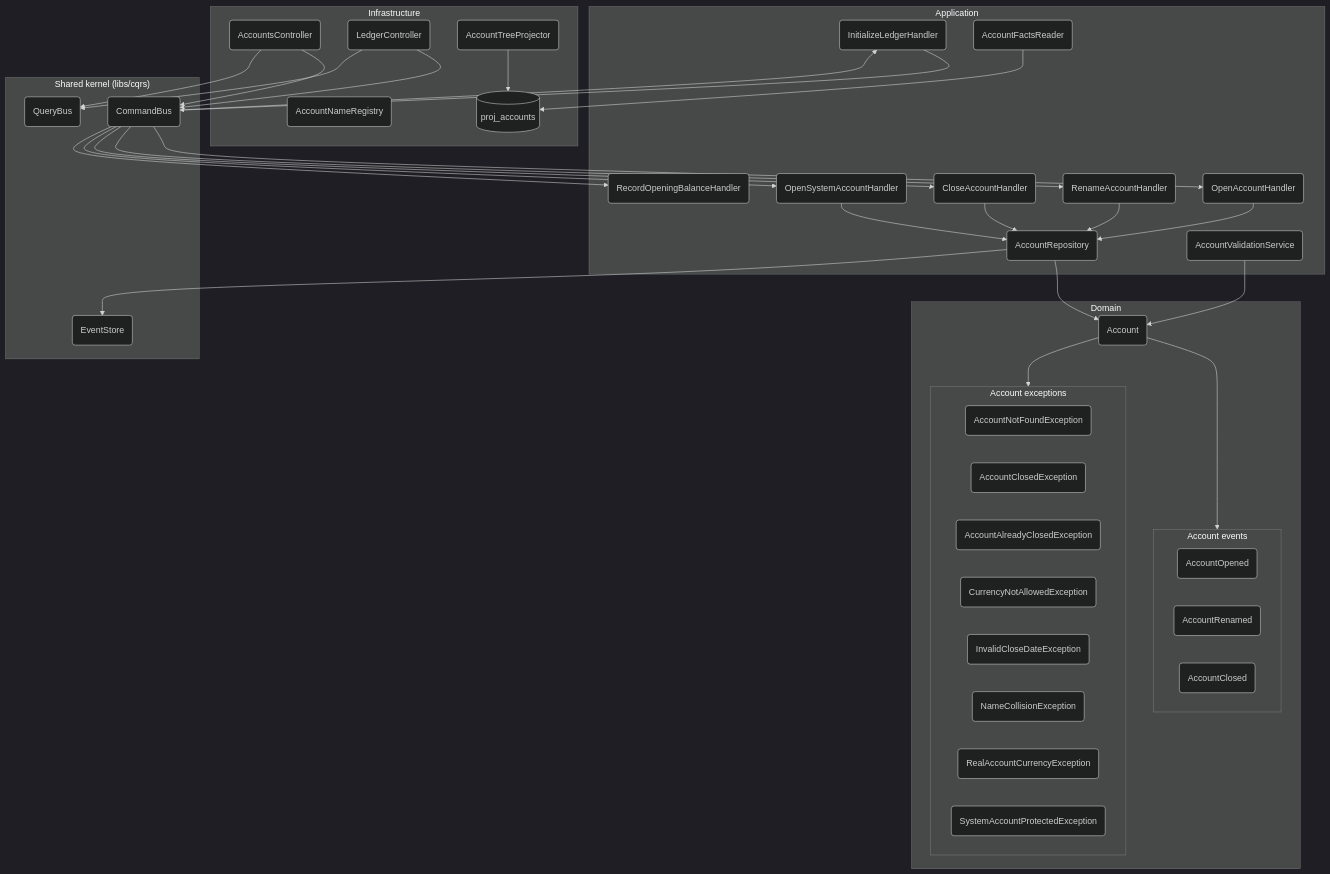
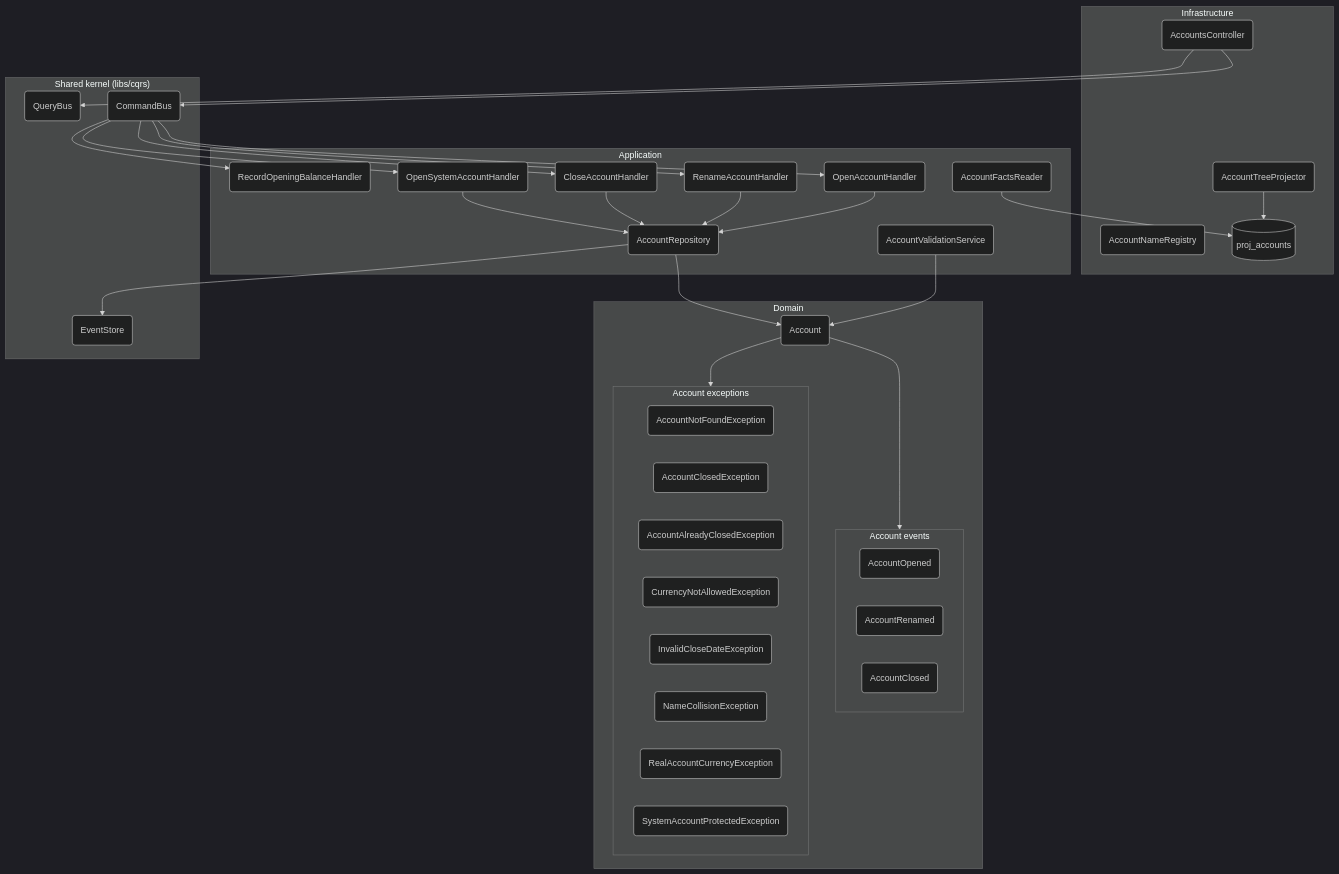
Before and after one commit to cristsr/admin-backend: the diagram in apps/ledger/docs/accounts/README.md, drawn with Mermaid (dark theme). The commit also changed other lines of this file and 4 other files, not shown here.

````diff
--- a/apps/ledger/docs/accounts/README.md
+++ b/apps/ledger/docs/accounts/README.md
@@ -22,70 +18,64 @@
 ```mermaid
 flowchart TB
   subgraph domain["Domain"]
     ACC("Account")
     subgraph events["Account events"]
       AO("AccountOpened")
       AR("AccountRenamed")
       ACL("AccountClosed")
     end
     subgraph exceptions["Account exceptions"]
       ANF("AccountNotFoundException")
       ACE("AccountClosedException")
       AAC("AccountAlreadyClosedException")
       CNA("CurrencyNotAllowedException")
       ICD("InvalidCloseDateException")
       NCE("NameCollisionException")
       RAC("RealAccountCurrencyException")
       SAP("SystemAccountProtectedException")
     end
   end
 
   subgraph application["Application"]
     REPO("AccountRepository")
     AVS("AccountValidationService")
     OH("OpenAccountHandler")
     RH("RenameAccountHandler")
     CH("CloseAccountHandler")
-    IH("InitializeLedgerHandler")
     OSH("OpenSystemAccountHandler")
     ROB("RecordOpeningBalanceHandler")
     AFR("AccountFactsReader")
   end
 
   subgraph infrastructure["Infrastructure"]
     AC("AccountsController")
-    LC("LedgerController")
     ATP("AccountTreeProjector")
     ANR("AccountNameRegistry")
     PA[("proj_accounts")]
   end
 
   subgraph kernel["Shared kernel (libs/cqrs)"]
     CB("CommandBus")
     QB("QueryBus")
     ES("EventStore")
   end
 
   AC --> CB
   AC --> QB
-  LC --> CB
-  LC --> QB
   CB --> OH
   CB --> RH
   CB --> CH
-  CB --> IH
   CB --> OSH
   CB --> ROB
   OH --> REPO
   RH --> REPO
   CH --> REPO
   OSH --> REPO
-  IH --> CB
   AVS --> ACC
   REPO --> ACC
   REPO --> ES
   ACC --> events
   ACC --> exceptions
   ATP --> PA
   AFR --> PA
 ```
````
